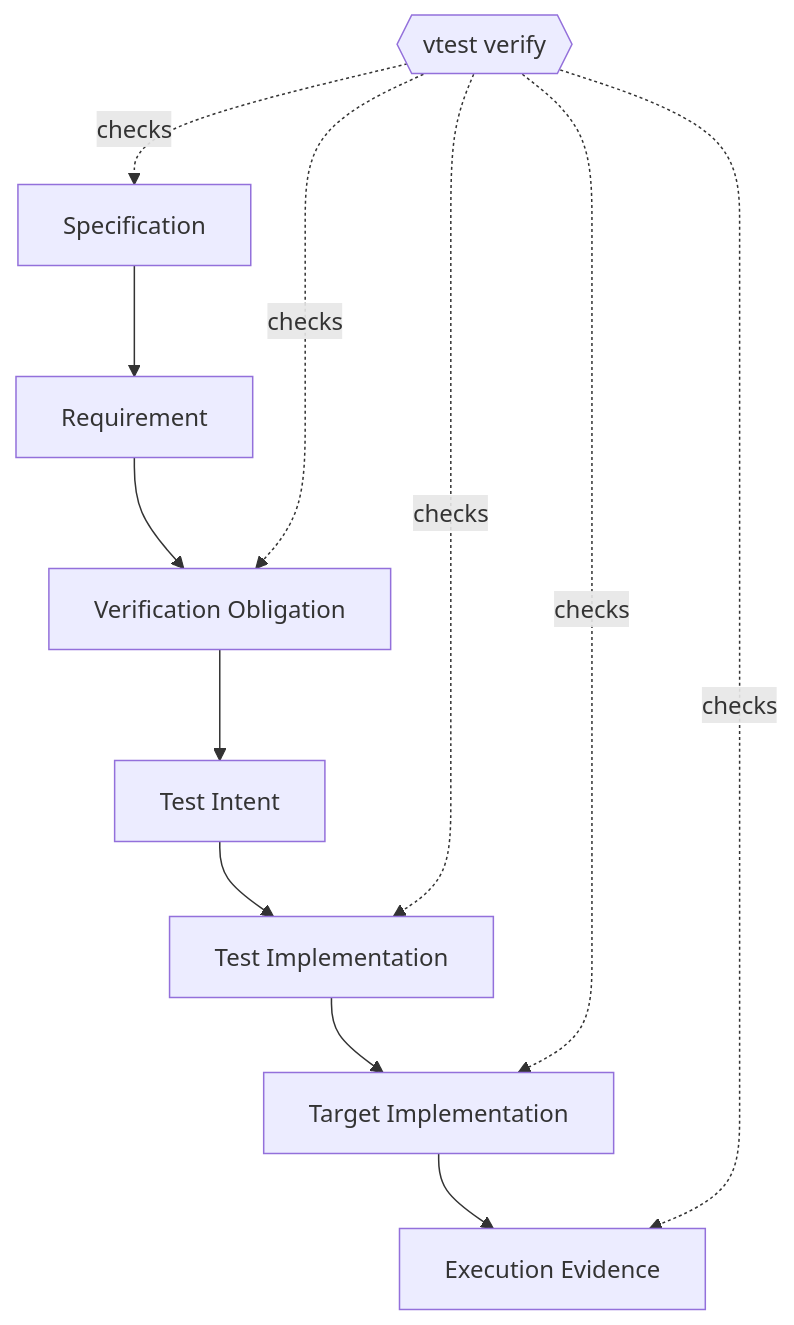
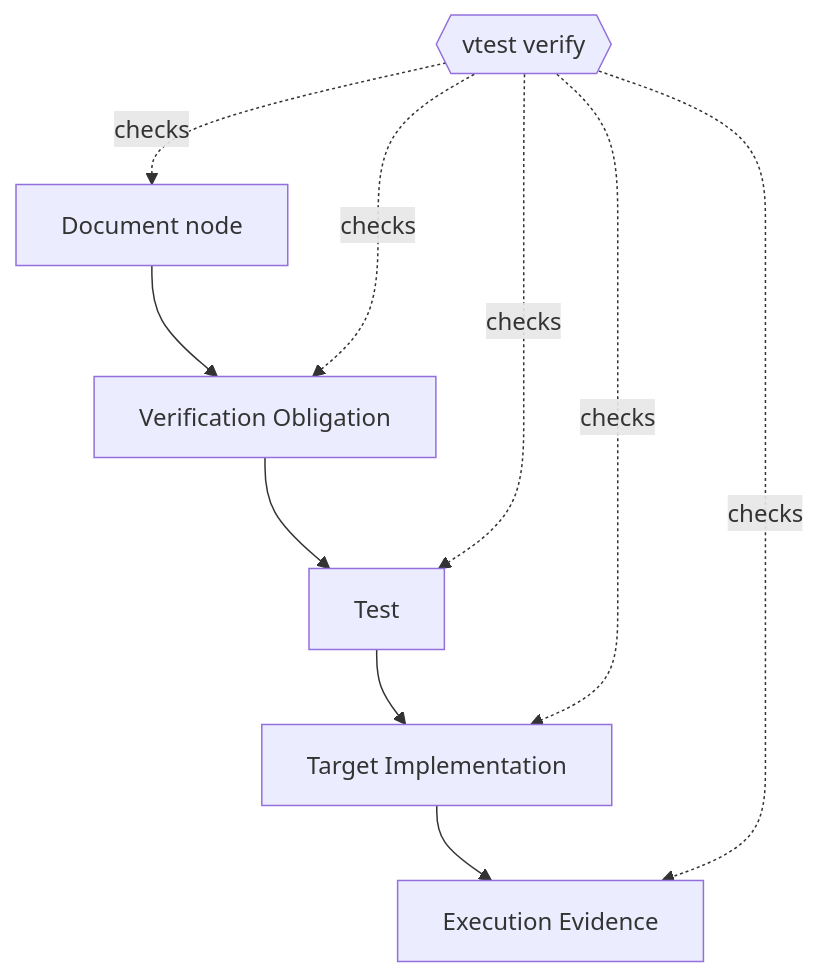
The diagram in README.md (YmSaki/SpecTracer), drawn with Mermaid before and after one commit. The commit also changed other lines of this file and 6 other files, not shown here.

First line of the commit message:
Sync README, roadmap, changelog and architecture with the current code (#90)

````diff
--- a/README.md
+++ b/README.md
@@ -48,16 +48,14 @@
 ```mermaid
 flowchart TD
-    SPEC[Specification] --> REQ[Requirement]
-    REQ --> VO[Verification Obligation]
-    VO --> INTENT[Test Intent]
-    INTENT --> TEST[Test Implementation]
+    DOC[Document node] --> VO[Verification Obligation]
+    VO --> TEST[Test]
     TEST --> SRC[Target Implementation]
     SRC --> EVIDENCE[Execution Evidence]
 
     VERIFY{{vtest verify}}
-    VERIFY -. checks .-> SPEC
+    VERIFY -. checks .-> DOC
     VERIFY -. checks .-> VO
     VERIFY -. checks .-> TEST
     VERIFY -. checks .-> SRC
     VERIFY -. checks .-> EVIDENCE
 ```
````
